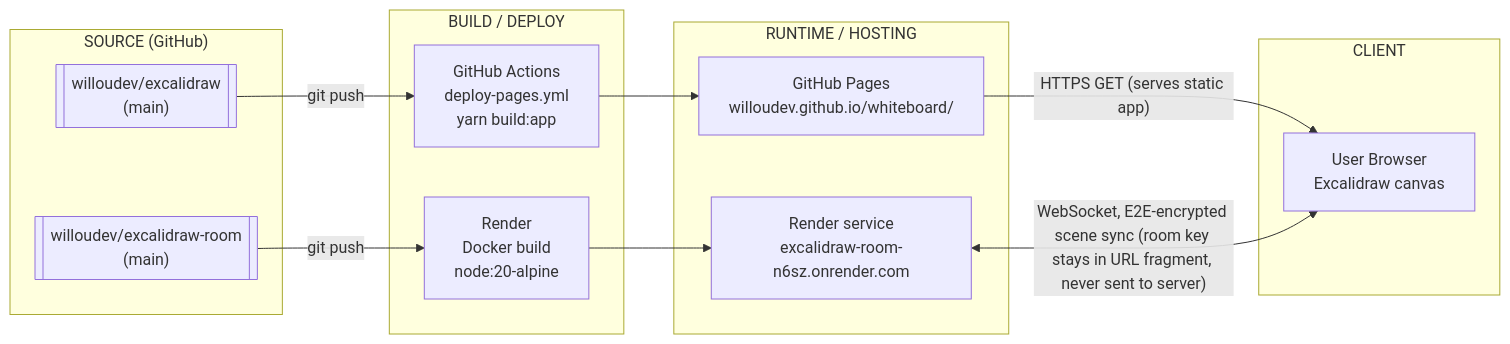
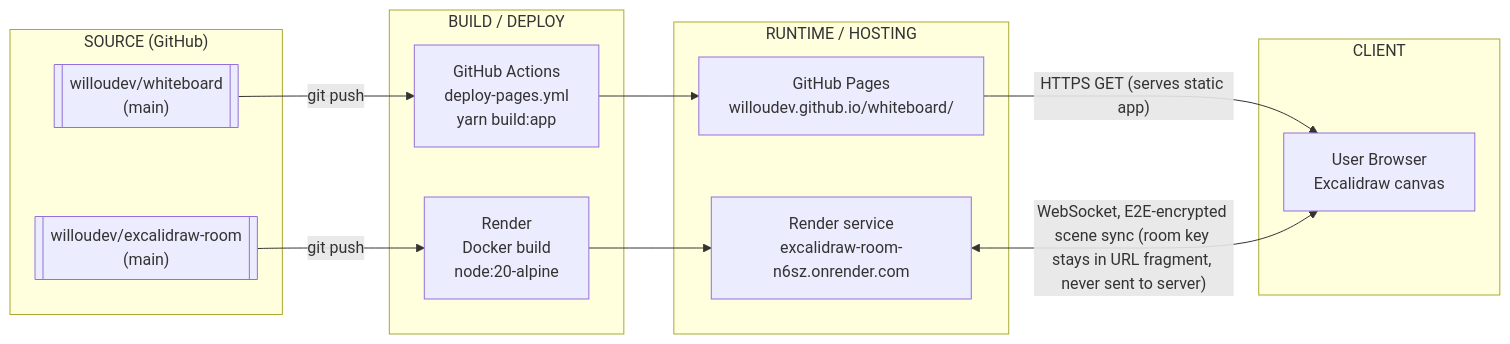
One commit to willoudev/excalidraw changed the diagram in README.md. Above: the diagram before and after it, drawn with Mermaid. The commit also changed other lines of this file and 1 other file, not shown here.

````diff
--- a/README.md
+++ b/README.md
@@ -95,26 +95,26 @@
 ```mermaid
 flowchart LR
     subgraph SRC["SOURCE (GitHub)"]
-        R1[["willoudev/excalidraw<br/>(main)"]]
+        R1[["willoudev/whiteboard<br/>(main)"]]
         R2[["willoudev/excalidraw-room<br/>(main)"]]
     end
 
     subgraph BUILD["BUILD / DEPLOY"]
         GA["GitHub Actions<br/>deploy-pages.yml<br/>yarn build:app"]
         RB["Render<br/>Docker build<br/>node:20-alpine"]
     end
 
     subgraph RUNTIME["RUNTIME / HOSTING"]
         GP["GitHub Pages<br/>willoudev.github.io/whiteboard/"]
         RR["Render service<br/>excalidraw-room-n6sz.onrender.com"]
     end
 
     subgraph CLIENT["CLIENT"]
         U["User Browser<br/>Excalidraw canvas"]
     end
 
     R1 -- git push --> GA --> GP
     R2 -- git push --> RB --> RR
     GP -- "HTTPS GET (serves static app)" --> U
     RR <-- "WebSocket, E2E-encrypted scene sync (room key stays in URL fragment, never sent to server)" --> U
 ```
````
